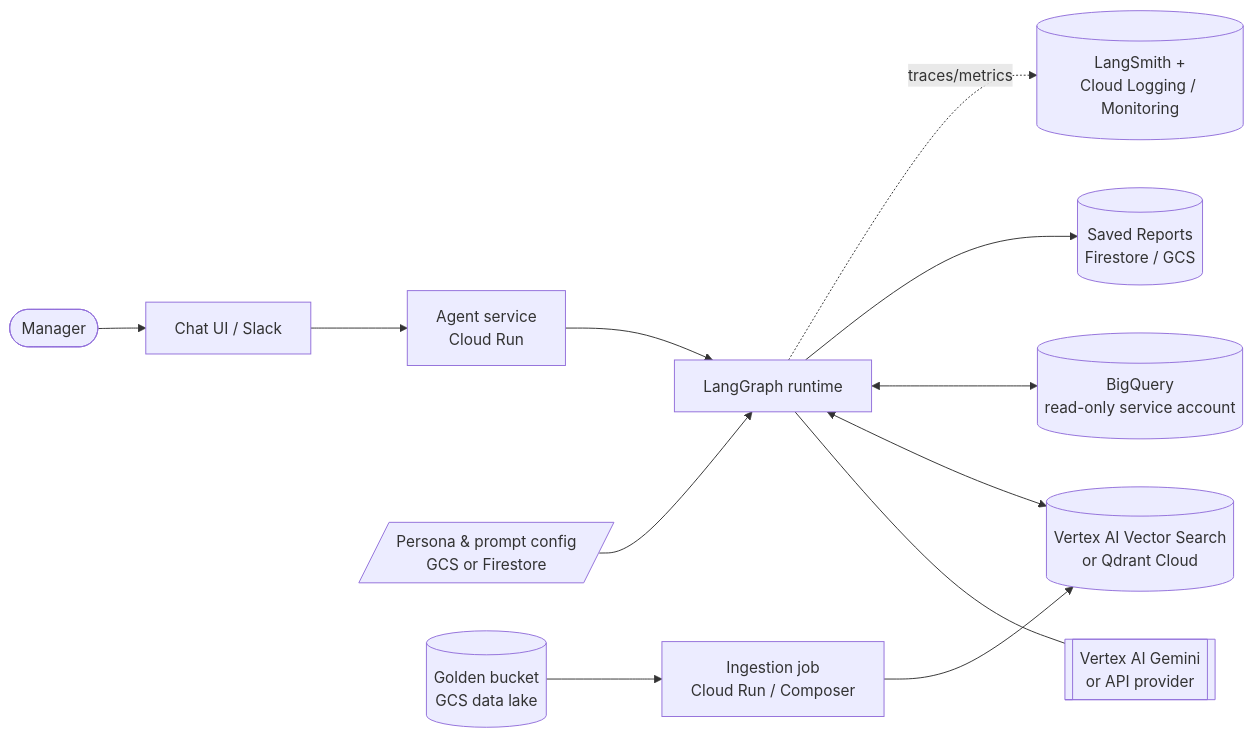
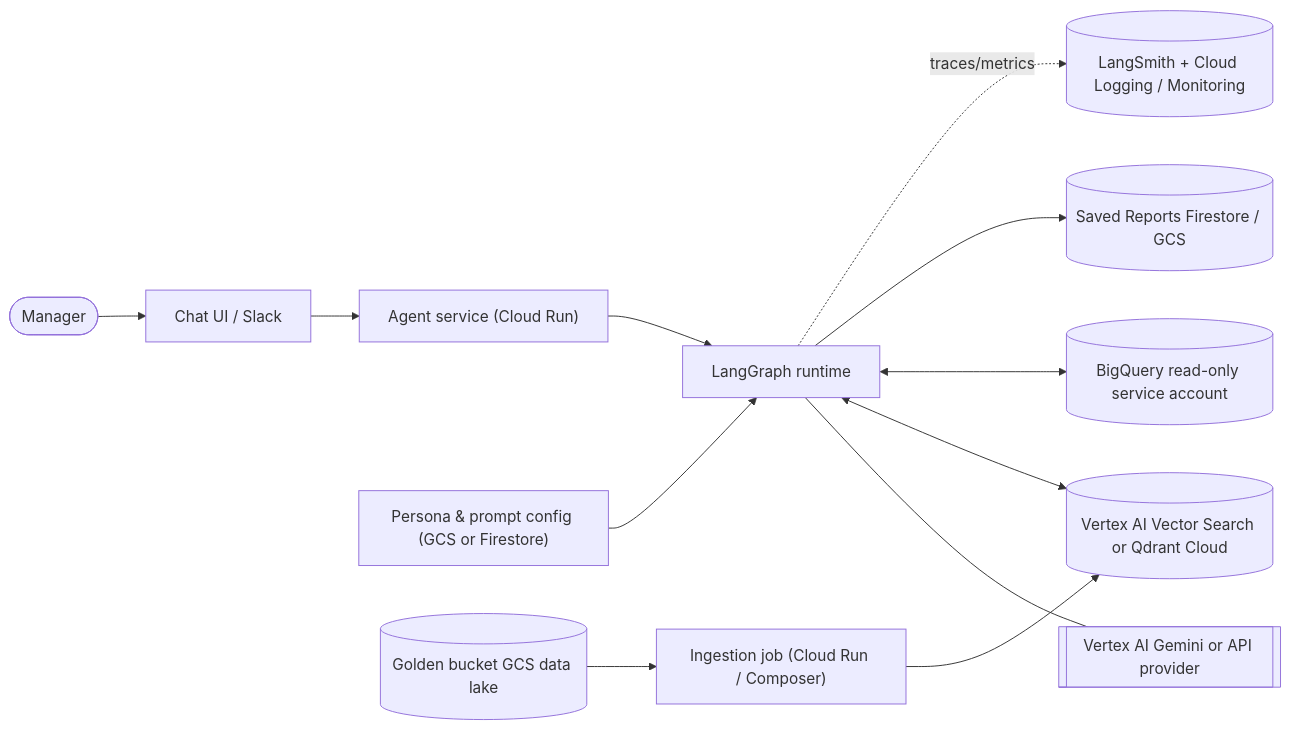
The second of 2 diagrams in docs/architecture.md (vneshcheretov/retail-agent), drawn with Mermaid before and after one commit. The commit also changed other lines of this file and 1 other file, not shown here.

Commit message:
update mermaid diagram in doc

````diff
--- a/docs/architecture.md
+++ b/docs/architecture.md
@@ -57,17 +57,17 @@
 ```mermaid
 flowchart LR
     user([Manager]) --> ui[Chat UI / Slack]
-    ui --> api[Agent service\nCloud Run]
+    ui --> api["Agent service (Cloud Run)"]
     api --> lg[LangGraph runtime]
 
-    lg --- llmp[[Vertex AI Gemini\nor API provider]]
-    lg <--> vec[(Vertex AI Vector Search\nor Qdrant Cloud)]
-    lg <--> bq[(BigQuery\nread-only service account)]
-    lg --> rep_store[(Saved Reports\nFirestore / GCS)]
+    lg --- llmp[["Vertex AI Gemini or API provider"]]
+    lg <--> vec[("Vertex AI Vector Search or Qdrant Cloud")]
+    lg <--> bq[("BigQuery read-only service account")]
+    lg --> rep_store[("Saved Reports Firestore / GCS")]
 
-    cfg[/Persona & prompt config\nGCS or Firestore/] --> lg
-    gcs[(Golden bucket\nGCS data lake)] --> ingest[Ingestion job\nCloud Run / Composer]
+    cfg["Persona & prompt config (GCS or Firestore)"] --> lg
+    gcs[("Golden bucket GCS data lake")] --> ingest["Ingestion job (Cloud Run / Composer)"]
     ingest --> vec
 
-    lg -. traces/metrics .-> obsv[(LangSmith +\nCloud Logging / Monitoring)]
+    lg -. traces/metrics .-> obsv[("LangSmith + Cloud Logging / Monitoring")]
 ```
````
